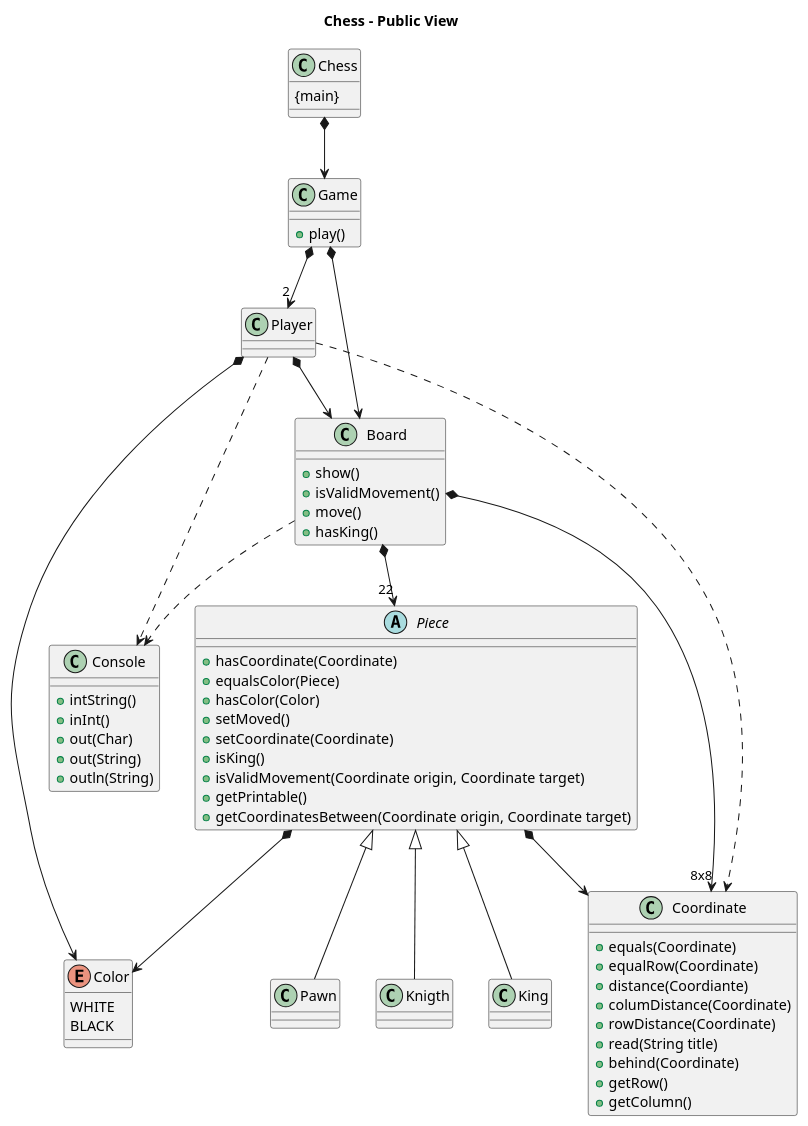
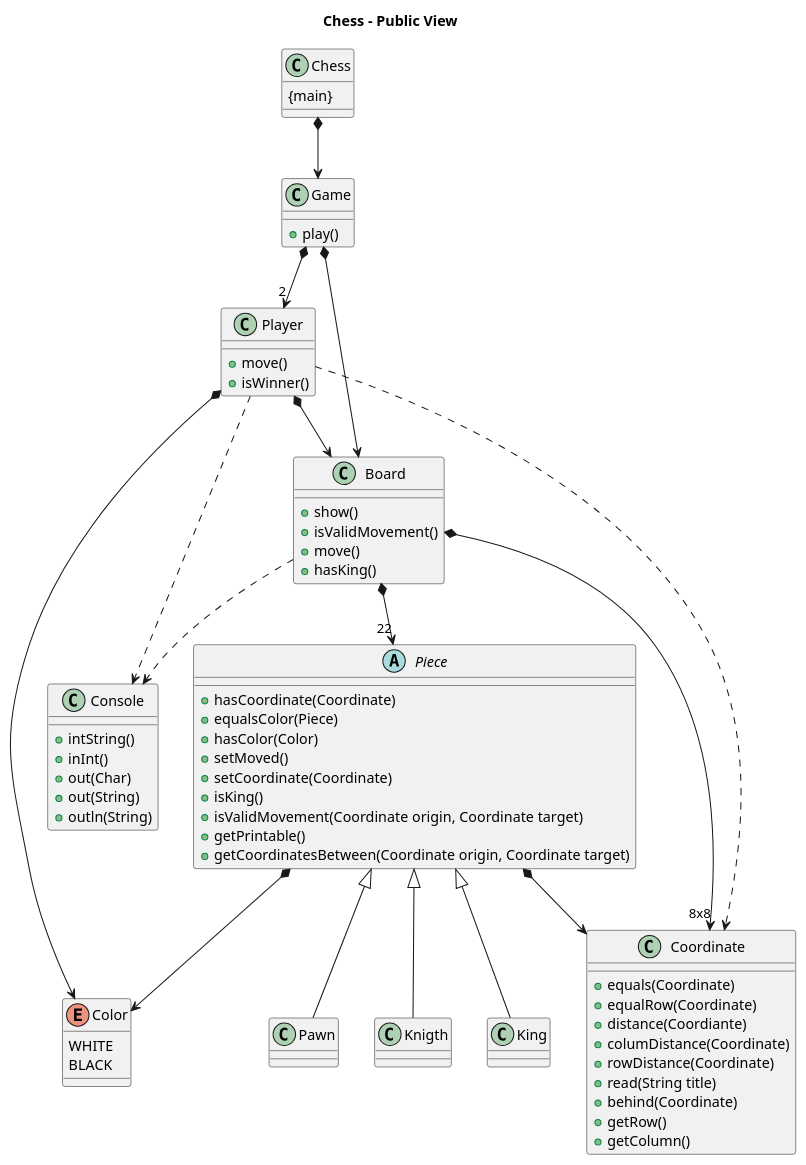
The diagram in public-view.puml (Master-Desarrollo-20-21/ejercicio-4-ajedrez-polimorfismo-raul-00), drawn with PlantUML before and after one commit. The commit also changed 1 other file, not shown here.

Commit message:
Update diagram

```diff
--- a/public-view.puml
+++ b/public-view.puml
@@ -1,78 +1,83 @@
 @startuml
 
 title Chess - Public View
 
 Chess *--> Game
 
 Game *--> Board
 Game *--> "2" Player
 
 Board *--> "8x8" Coordinate
 Board *--> "22" Piece
 Board ..> Console
 
 Player *--> Color
 Player *--> Board
 Player ..> Coordinate
 Player ..> Console
 
 Piece *--> Color
 Piece *--> Coordinate
 
 Piece  <|-- Pawn
 Piece  <|-- Knigth
 Piece  <|-- King
 
 class Chess{
     {main}
 }
 
 class Game{
     +play()
 }
 
 class Board{
     +show()
     +isValidMovement()
     +move()
     +hasKing()
 }
 
+class Player{
+    +move()
+    +isWinner()
+}
+
 class Coordinate{
     +equals(Coordinate)
     +equalRow(Coordinate)
     +distance(Coordiante)
     +columDistance(Coordinate)
     +rowDistance(Coordinate)
     +read(String title)
     +behind(Coordinate)
     +getRow()
     +getColumn()
 }
 
 abstract class Piece{
     +hasCoordinate(Coordinate)
     +equalsColor(Piece)
     +hasColor(Color)
     +setMoved()
     +setCoordinate(Coordinate)
     +isKing()
     +isValidMovement(Coordinate origin, Coordinate target)
     +getPrintable()
     +getCoordinatesBetween(Coordinate origin, Coordinate target)
 }
 
 
 enum Color{
     WHITE
     BLACK
 }
 
 class Console{
     +intString()
     +inInt()
     +out(Char)
     +out(String)
     +outln(String)
 }
 @enduml
```
